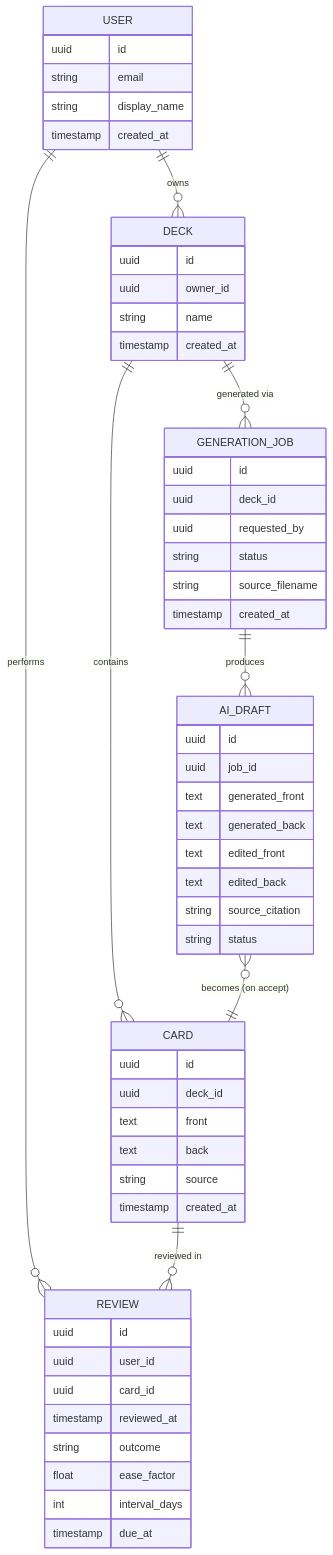
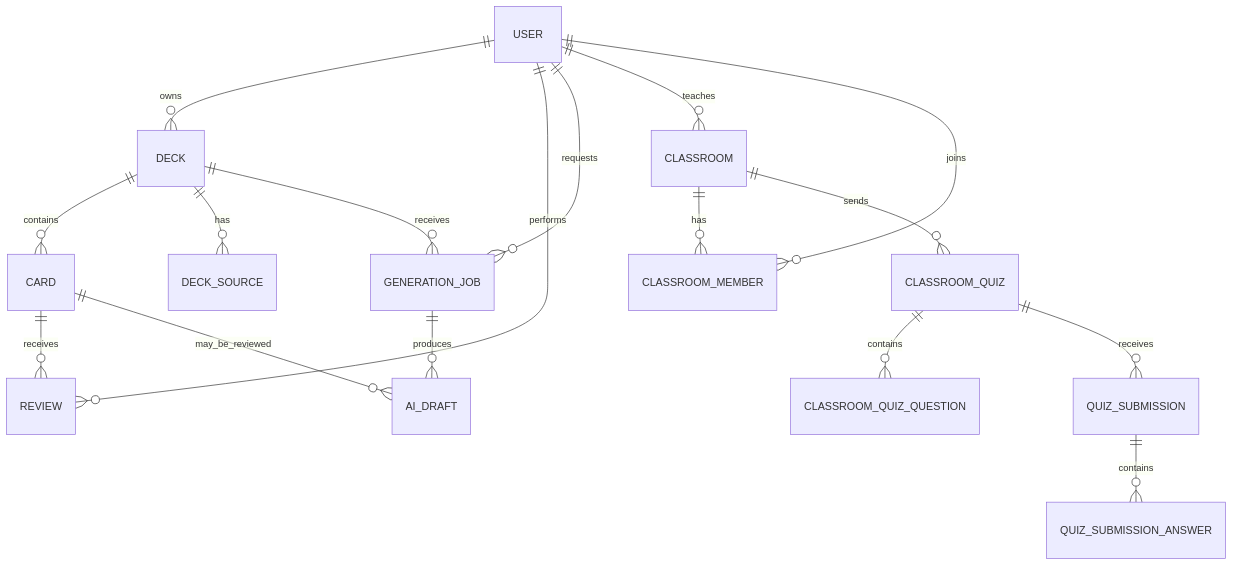
One commit to JiamingLiu5/foe-edtechlab-flashcards changed the second of 2 diagrams in design.md. Above: the diagram before and after it, drawn with Mermaid. The commit also changed other lines of this file and 13 other files, not shown here.

Commit message:
Add teacher user flow

````diff
--- a/design.md
+++ b/design.md
@@ -122,59 +110,19 @@
 ```mermaid
 erDiagram
   USER ||--o{ DECK : owns
+  USER ||--o{ REVIEW : performs
+  USER ||--o{ GENERATION_JOB : requests
+  USER ||--o{ CLASSROOM : teaches
+  USER ||--o{ CLASSROOM_MEMBER : joins
   DECK ||--o{ CARD : contains
-  DECK ||--o{ GENERATION_JOB : "generated via"
+  DECK ||--o{ DECK_SOURCE : has
+  DECK ||--o{ GENERATION_JOB : receives
   GENERATION_JOB ||--o{ AI_DRAFT : produces
-  AI_DRAFT }o--|| CARD : "becomes (on accept)"
-  USER ||--o{ REVIEW : performs
-  CARD ||--o{ REVIEW : "reviewed in"
-
-  USER {
-    uuid id
-    string email
-    string display_name
-    timestamp created_at
-  }
-  DECK {
-    uuid id
-    uuid owner_id
-    string name
-    timestamp created_at
-  }
-  CARD {
-    uuid id
-    uuid deck_id
-    text front
-    text back
-    string source
-    timestamp created_at
-  }
-  GENERATION_JOB {
-    uuid id
-    uuid deck_id
-    uuid requested_by
-    string status
-    string source_filename
-    timestamp created_at
-  }
-  AI_DRAFT {
-    uuid id
-    uuid job_id
-    text generated_front
-    text generated_back
-    text edited_front
-    text edited_back
-    string source_citation
-    string status
-  }
-  REVIEW {
-    uuid id
-    uuid user_id
-    uuid card_id
-    timestamp reviewed_at
-    string outcome
-    float ease_factor
-    int interval_days
-    timestamp due_at
-  }
+  CARD ||--o{ REVIEW : receives
+  CARD ||--o{ AI_DRAFT : may_be_reviewed
+  CLASSROOM ||--o{ CLASSROOM_MEMBER : has
+  CLASSROOM ||--o{ CLASSROOM_QUIZ : sends
+  CLASSROOM_QUIZ ||--o{ CLASSROOM_QUIZ_QUESTION : contains
+  CLASSROOM_QUIZ ||--o{ QUIZ_SUBMISSION : receives
+  QUIZ_SUBMISSION ||--o{ QUIZ_SUBMISSION_ANSWER : contains
 ```
````
